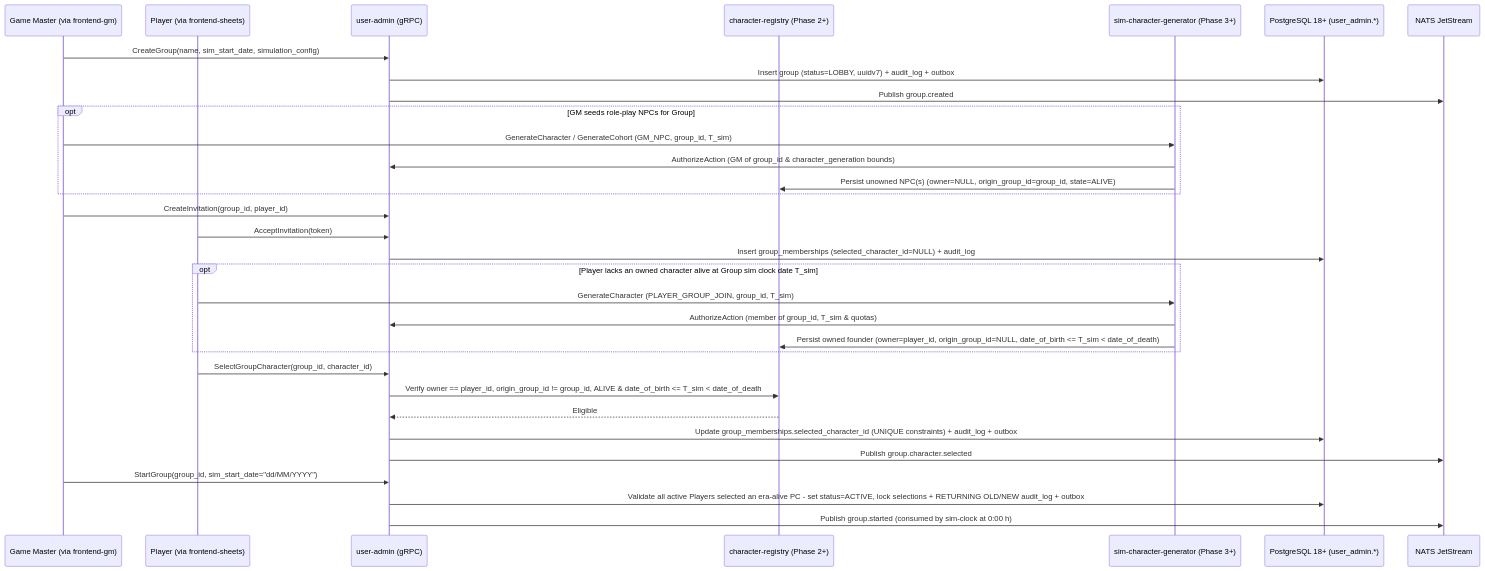
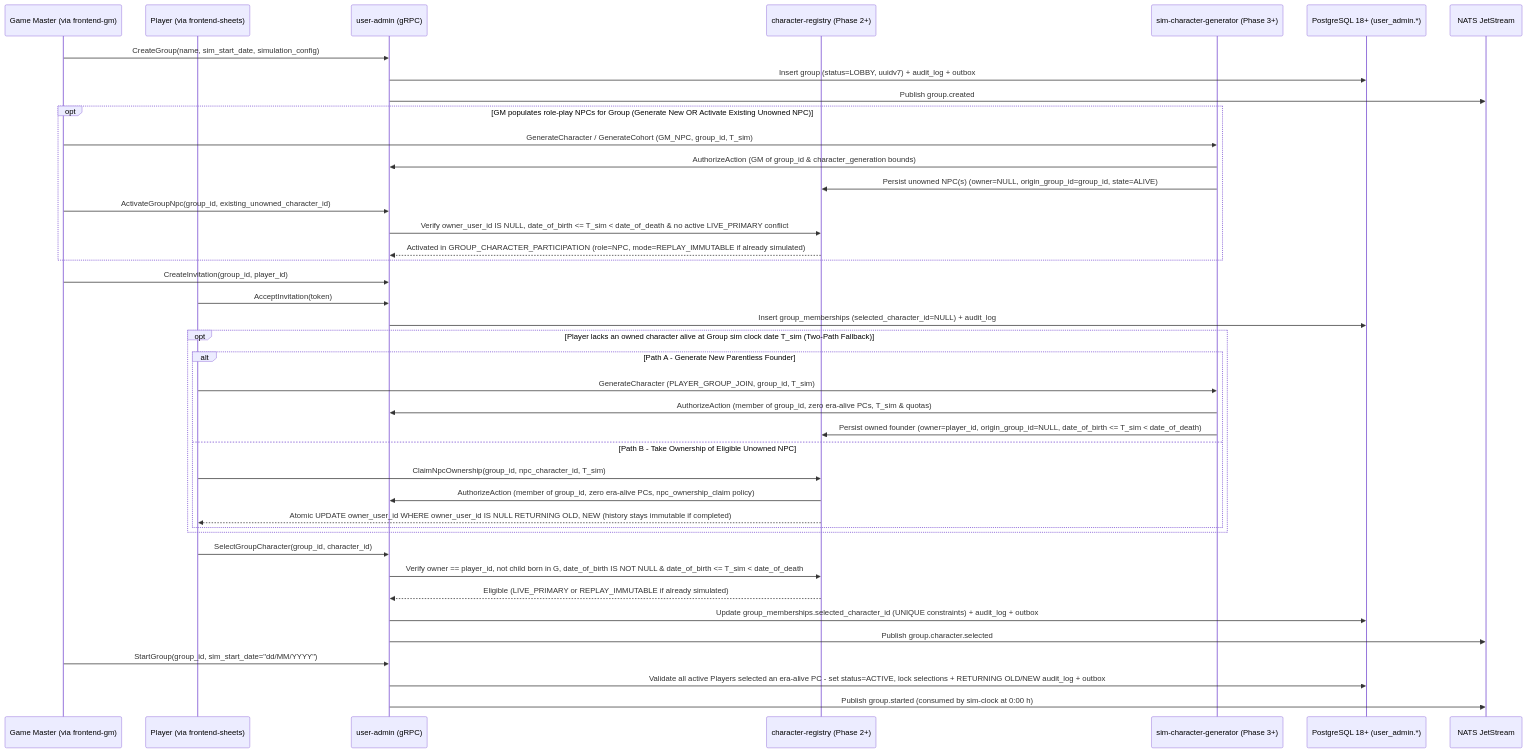
Before and after one commit to ladrost/princesspink: the diagram in docs/architecture/ADR-0010-user-admin-auth-rbac-and-group-management.md, drawn with Mermaid. The commit also changed other lines of this file and 9 other files, not shown here.

Commit message:
Character choice at the start of a group and Character death and revival (#61)

````diff
--- a/docs/architecture/ADR-0010-user-admin-auth-rbac-and-group-management.md
+++ b/docs/architecture/ADR-0010-user-admin-auth-rbac-and-group-management.md
@@ -95,40 +98,49 @@
 ```mermaid
 sequenceDiagram
     participant GM as Game Master (via frontend-gm)
     participant Player as Player (via frontend-sheets)
     participant UA as user-admin (gRPC)
     participant CR as character-registry (Phase 2+)
     participant Gen as sim-character-generator (Phase 3+)
     participant PG as PostgreSQL 18+ (user_admin.*)
     participant Bus as NATS JetStream
 
     GM->>UA: CreateGroup(name, sim_start_date, simulation_config)
     UA->>PG: Insert group (status=LOBBY, uuidv7) + audit_log + outbox
     UA->>Bus: Publish group.created
 
-    opt GM seeds role-play NPCs for Group
+    opt GM populates role-play NPCs for Group (Generate New OR Activate Existing Unowned NPC)
         GM->>Gen: GenerateCharacter / GenerateCohort (GM_NPC, group_id, T_sim)
         Gen->>UA: AuthorizeAction (GM of group_id & character_generation bounds)
         Gen->>CR: Persist unowned NPC(s) (owner=NULL, origin_group_id=group_id, state=ALIVE)
+        GM->>UA: ActivateGroupNpc(group_id, existing_unowned_character_id)
+        UA->>CR: Verify owner_user_id IS NULL, date_of_birth <= T_sim < date_of_death & no active LIVE_PRIMARY conflict
+        CR-->>UA: Activated in GROUP_CHARACTER_PARTICIPATION (role=NPC, mode=REPLAY_IMMUTABLE if already simulated)
     end
 
     GM->>UA: CreateInvitation(group_id, player_id)
     Player->>UA: AcceptInvitation(token)
     UA->>PG: Insert group_memberships (selected_character_id=NULL) + audit_log
 
-    opt Player lacks an owned character alive at Group sim clock date T_sim
-        Player->>Gen: GenerateCharacter (PLAYER_GROUP_JOIN, group_id, T_sim)
-        Gen->>UA: AuthorizeAction (member of group_id, T_sim & quotas)
-        Gen->>CR: Persist owned founder (owner=player_id, origin_group_id=NULL, date_of_birth <= T_sim < date_of_death)
+    opt Player lacks an owned character alive at Group sim clock date T_sim (Two-Path Fallback)
+        alt Path A - Generate New Parentless Founder
+            Player->>Gen: GenerateCharacter (PLAYER_GROUP_JOIN, group_id, T_sim)
+            Gen->>UA: AuthorizeAction (member of group_id, zero era-alive PCs, T_sim & quotas)
+            Gen->>CR: Persist owned founder (owner=player_id, origin_group_id=NULL, date_of_birth <= T_sim < date_of_death)
+        else Path B - Take Ownership of Eligible Unowned NPC
+            Player->>CR: ClaimNpcOwnership(group_id, npc_character_id, T_sim)
+            CR->>UA: AuthorizeAction (member of group_id, zero era-alive PCs, npc_ownership_claim policy)
+            CR-->>Player: Atomic UPDATE owner_user_id WHERE owner_user_id IS NULL RETURNING OLD, NEW (history stays immutable if completed)
+        end
     end
 
     Player->>UA: SelectGroupCharacter(group_id, character_id)
-    UA->>CR: Verify owner == player_id, origin_group_id != group_id, ALIVE & date_of_birth <= T_sim < date_of_death
-    CR-->>UA: Eligible
+    UA->>CR: Verify owner == player_id, not child born in G, date_of_birth IS NOT NULL & date_of_birth <= T_sim < date_of_death
+    CR-->>UA: Eligible (LIVE_PRIMARY or REPLAY_IMMUTABLE if already simulated)
     UA->>PG: Update group_memberships.selected_character_id (UNIQUE constraints) + audit_log + outbox
     UA->>Bus: Publish group.character.selected
 
     GM->>UA: StartGroup(group_id, sim_start_date="dd/MM/YYYY")
     UA->>PG: Validate all active Players selected an era-alive PC - set status=ACTIVE, lock selections + RETURNING OLD/NEW audit_log + outbox
     UA->>Bus: Publish group.started (consumed by sim-clock at 0:00 h)
 ```
````
